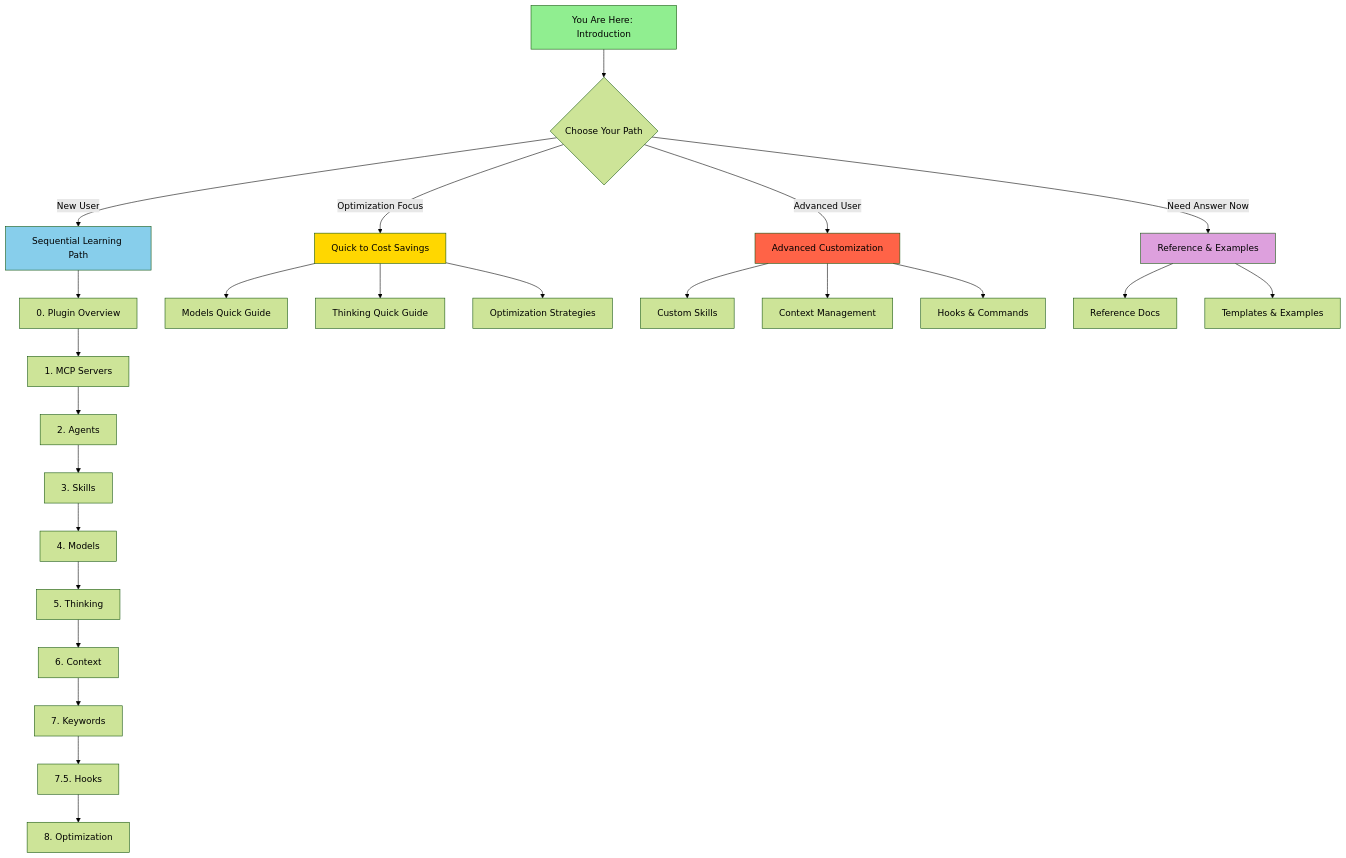
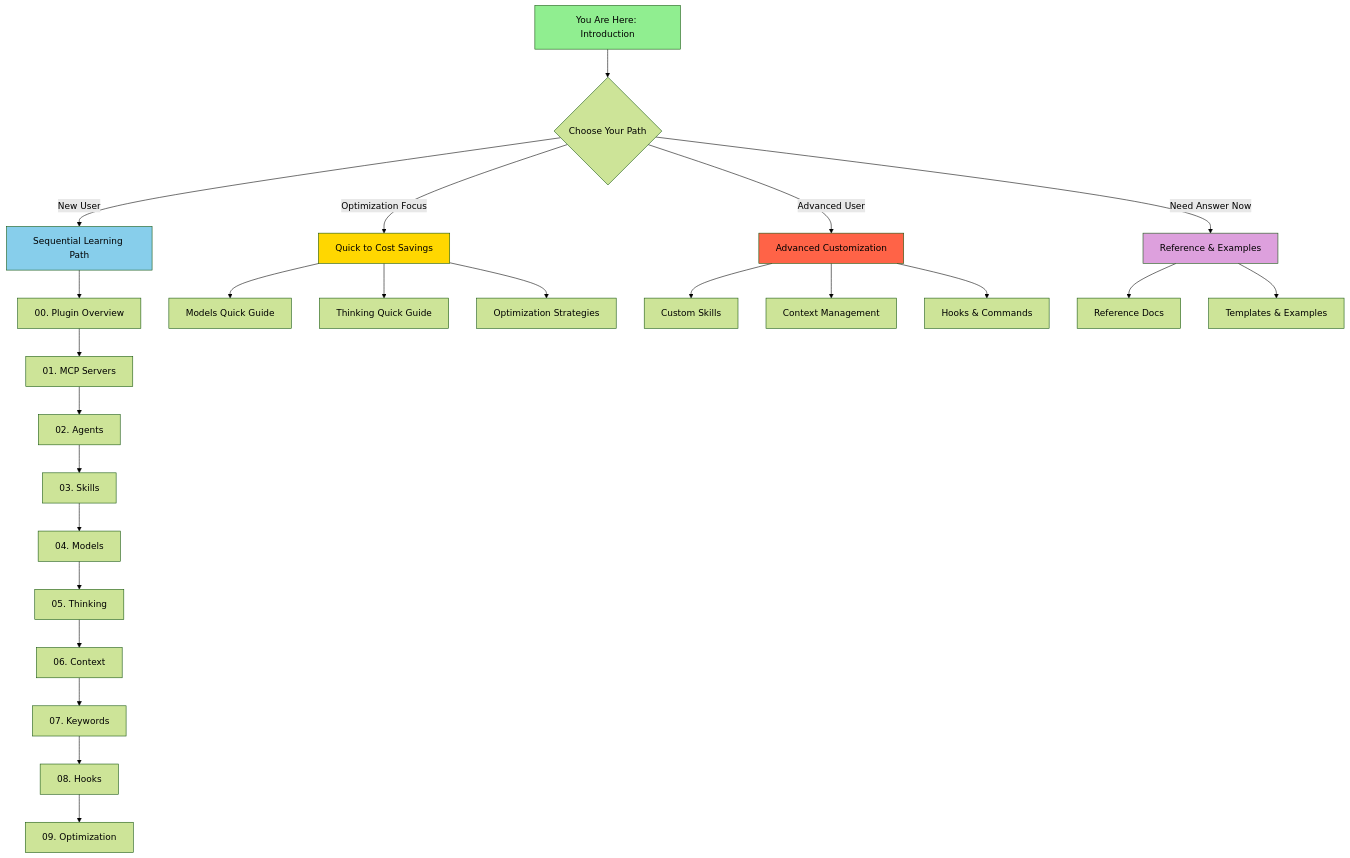
One commit to sxntixgo/claudecode-documentation changed the diagram in INTRODUCTION.md. Above: the diagram before and after it, drawn with Mermaid (forest theme). The commit also changed other lines of this file and 116 other files, not shown here.

````diff
--- a/INTRODUCTION.md
+++ b/INTRODUCTION.md
@@ -147,36 +147,36 @@
 ```mermaid
 graph TB
     Start[You Are Here: Introduction] --> Choose{Choose Your Path}
     Choose -->|New User| Sequential[Sequential Learning Path]
     Choose -->|Optimization Focus| Quick[Quick to Cost Savings]
     Choose -->|Advanced User| Custom[Advanced Customization]
     Choose -->|Need Answer Now| Ref[Reference & Examples]
 
-    Sequential --> Plugins[0. Plugin Overview]
-    Plugins --> MCP[1. MCP Servers]
-    MCP --> Agents[2. Agents]
-    Agents --> Skills[3. Skills]
-    Skills --> Models[4. Models]
-    Models --> Thinking[5. Thinking]
-    Thinking --> Context[6. Context]
-    Context --> Keywords[7. Keywords]
-    Keywords --> Hooks[7.5. Hooks]
-    Hooks --> Optimization[8. Optimization]
+    Sequential --> Plugins[00. Plugin Overview]
+    Plugins --> MCP[01. MCP Servers]
+    MCP --> Agents[02. Agents]
+    Agents --> Skills[03. Skills]
+    Skills --> Models[04. Models]
+    Models --> Thinking[05. Thinking]
+    Thinking --> Context[06. Context]
+    Context --> Keywords[07. Keywords]
+    Keywords --> Hooks[08. Hooks]
+    Hooks --> Optimization[09. Optimization]
 
     Quick --> ModelsQ[Models Quick Guide]
     Quick --> ThinkingQ[Thinking Quick Guide]
     Quick --> OptimizationQ[Optimization Strategies]
 
     Custom --> SkillsC[Custom Skills]
     Custom --> ContextC[Context Management]
     Custom --> KeywordsC[Hooks & Commands]
 
     Ref --> RefDocs[Reference Docs]
     Ref --> Templates[Templates & Examples]
 
     style Start fill:#90EE90
     style Sequential fill:#87CEEB
     style Quick fill:#FFD700
     style Custom fill:#FF6347
     style Ref fill:#DDA0DD
 ```
````
